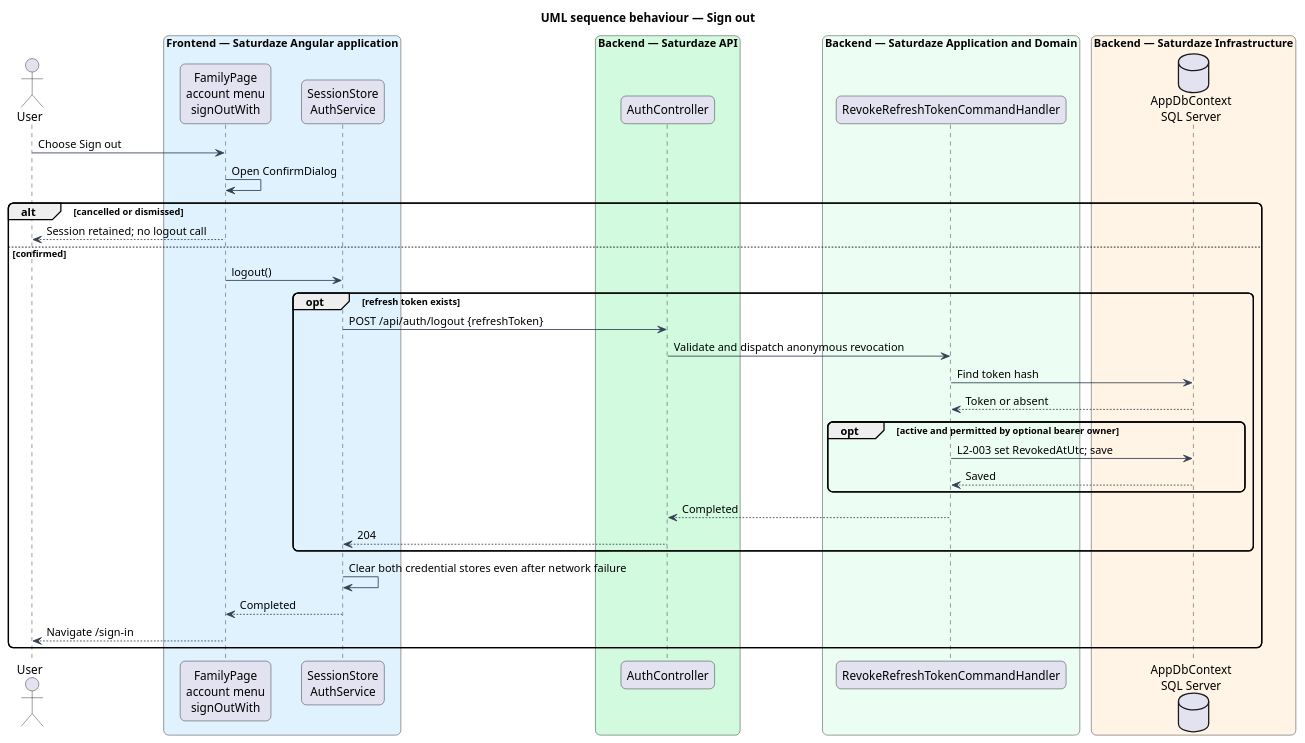
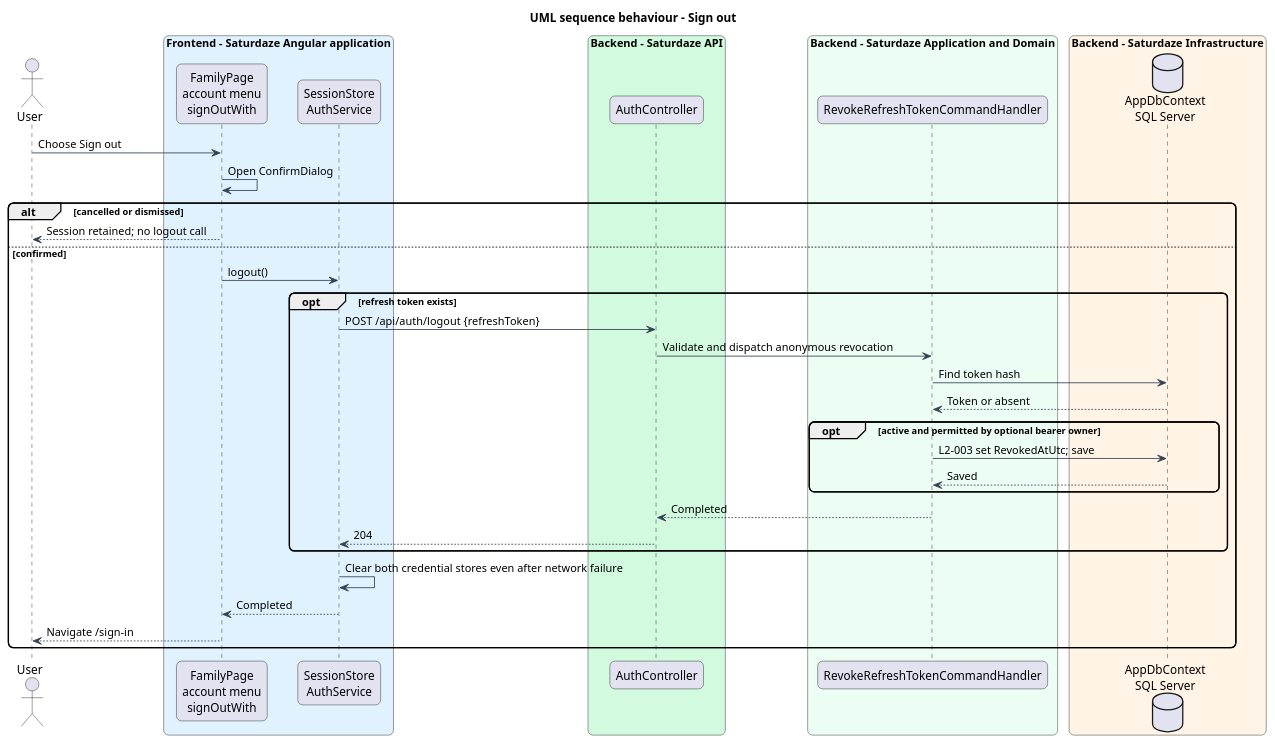
One commit to QuinntyneBrown/saturdaze changed the diagram in docs/detailed-designs/identity-and-access/sign-out/diagrams/sequence-sign-out.puml. Above: the diagram before and after it, drawn with PlantUML. The commit also changed 289 other files, not shown here.

```diff
--- a/docs/detailed-designs/identity-and-access/sign-out/diagrams/sequence-sign-out.puml
+++ b/docs/detailed-designs/identity-and-access/sign-out/diagrams/sequence-sign-out.puml
@@ -1,44 +1,44 @@
 @startuml
-title UML sequence behaviour — Sign out
+title UML sequence behaviour - Sign out
 skinparam backgroundColor #FFFFFF
 skinparam shadowing false
 skinparam roundcorner 12
 skinparam defaultFontName Arial
 skinparam ArrowColor #344054
 actor "User" as actor
-box "Frontend — Saturdaze Angular application" #E0F2FE
+box "Frontend - Saturdaze Angular application" #E0F2FE
  participant "FamilyPage\naccount menu\nsignOutWith" as page
  participant "SessionStore\nAuthService" as client
 end box
-box "Backend — Saturdaze API" #D1FADF
+box "Backend - Saturdaze API" #D1FADF
  participant "AuthController" as controller
 end box
-box "Backend — Saturdaze Application and Domain" #ECFDF3
+box "Backend - Saturdaze Application and Domain" #ECFDF3
  participant "RevokeRefreshTokenCommandHandler" as handler
 end box
-box "Backend — Saturdaze Infrastructure" #FFF4E5
+box "Backend - Saturdaze Infrastructure" #FFF4E5
  database "AppDbContext\nSQL Server" as db
 end box
 actor -> page : Choose Sign out
 page -> page : Open ConfirmDialog
 alt cancelled or dismissed
 page --> actor : Session retained; no logout call
 else confirmed
 page -> client : logout()
 opt refresh token exists
 client -> controller : POST /api/auth/logout {refreshToken}
 controller -> handler : Validate and dispatch anonymous revocation
 handler -> db : Find token hash
 db --> handler : Token or absent
 opt active and permitted by optional bearer owner
 handler -> db : L2-003 set RevokedAtUtc; save
 db --> handler : Saved
 end
 handler --> controller : Completed
 controller --> client : 204
 end
 client -> client : Clear both credential stores even after network failure
 client --> page : Completed
 page --> actor : Navigate /sign-in
 end
 @enduml
```
